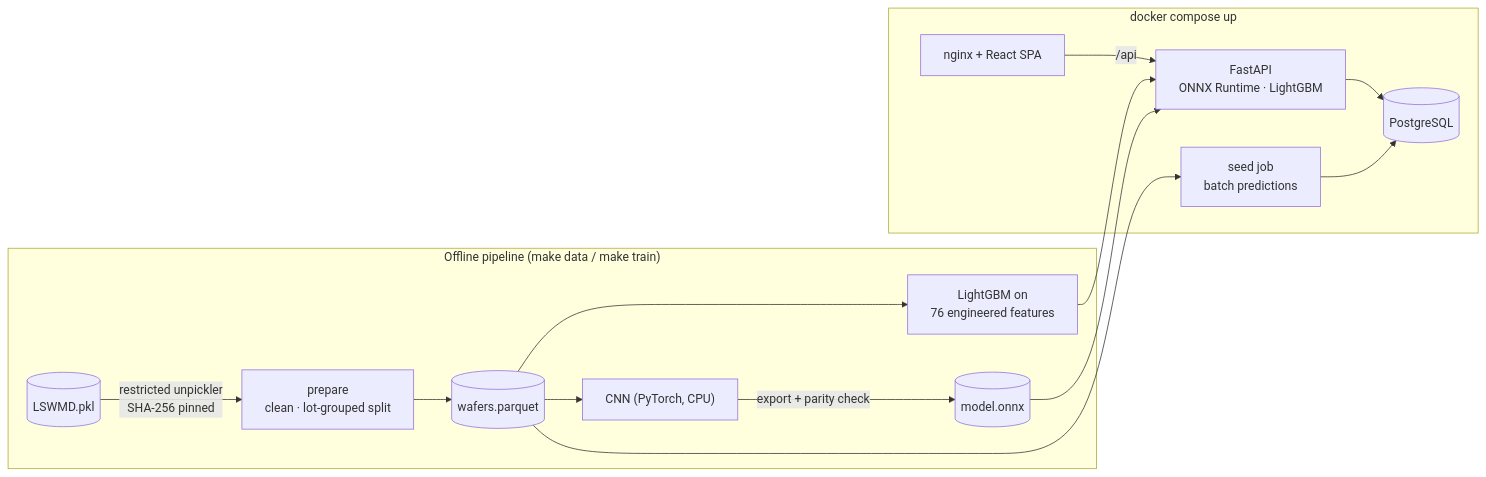
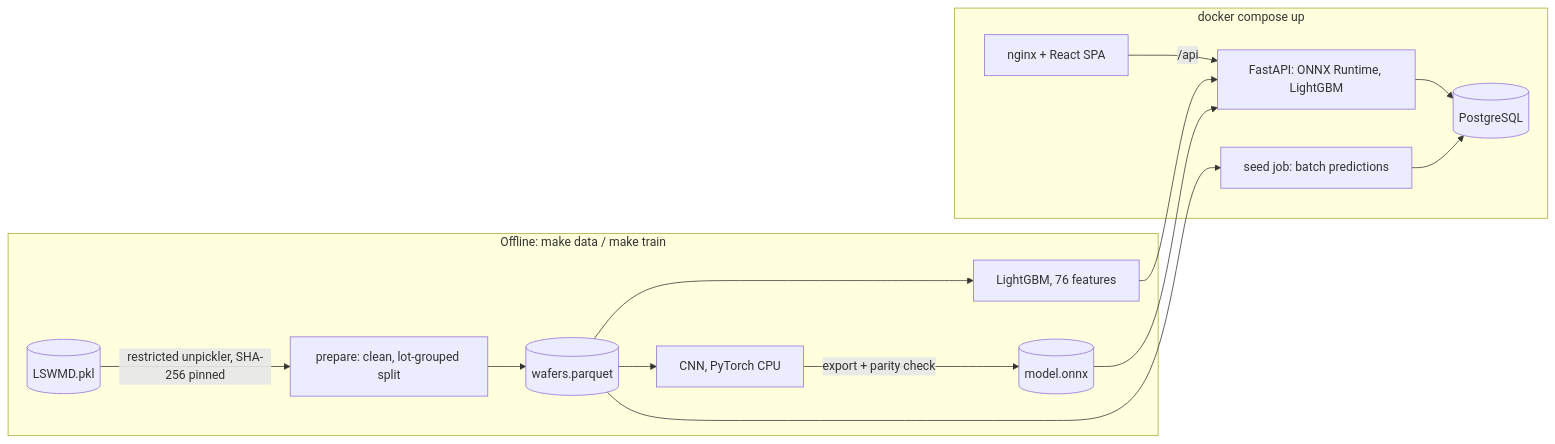
One commit to chad416/wafermap-analytics changed the diagram in README.md. Above: the diagram before and after it, drawn with Mermaid. The commit also changed other lines of this file and 2 other files, not shown here.

````diff
--- a/README.md
+++ b/README.md
@@ -44,17 +30,17 @@
 ```mermaid
 flowchart LR
-  subgraph offline["Offline pipeline (make data / make train)"]
-    RAW[("LSWMD.pkl")] -->|restricted unpickler<br/>SHA-256 pinned| PREP["prepare<br/>clean · lot-grouped split"]
+  subgraph offline["Offline: make data / make train"]
+    RAW[("LSWMD.pkl")] -->|restricted unpickler, SHA-256 pinned| PREP["prepare: clean, lot-grouped split"]
     PREP --> PQ[("wafers.parquet")]
-    PQ --> GBM["LightGBM on<br/>76 engineered features"]
-    PQ --> CNN["CNN (PyTorch, CPU)"] -->|export + parity check| ONNX[("model.onnx")]
+    PQ --> GBM["LightGBM, 76 features"]
+    PQ --> CNN["CNN, PyTorch CPU"] -->|export + parity check| ONNX[("model.onnx")]
   end
   subgraph online["docker compose up"]
-    SEED["seed job<br/>batch predictions"] --> DB[(PostgreSQL)]
-    API["FastAPI<br/>ONNX Runtime · LightGBM"] --> DB
+    SEED["seed job: batch predictions"] --> DB[(PostgreSQL)]
+    API["FastAPI: ONNX Runtime, LightGBM"] --> DB
     WEB["nginx + React SPA"] -->|/api| API
   end
   PQ --> SEED
   ONNX --> API
   GBM --> API
 ```
````
